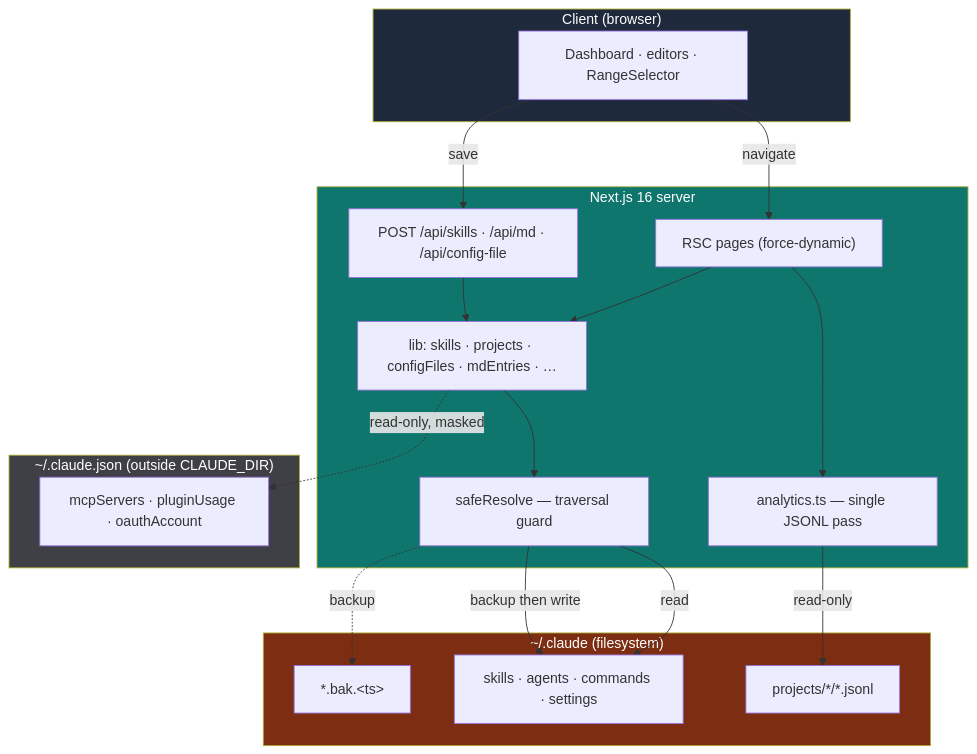
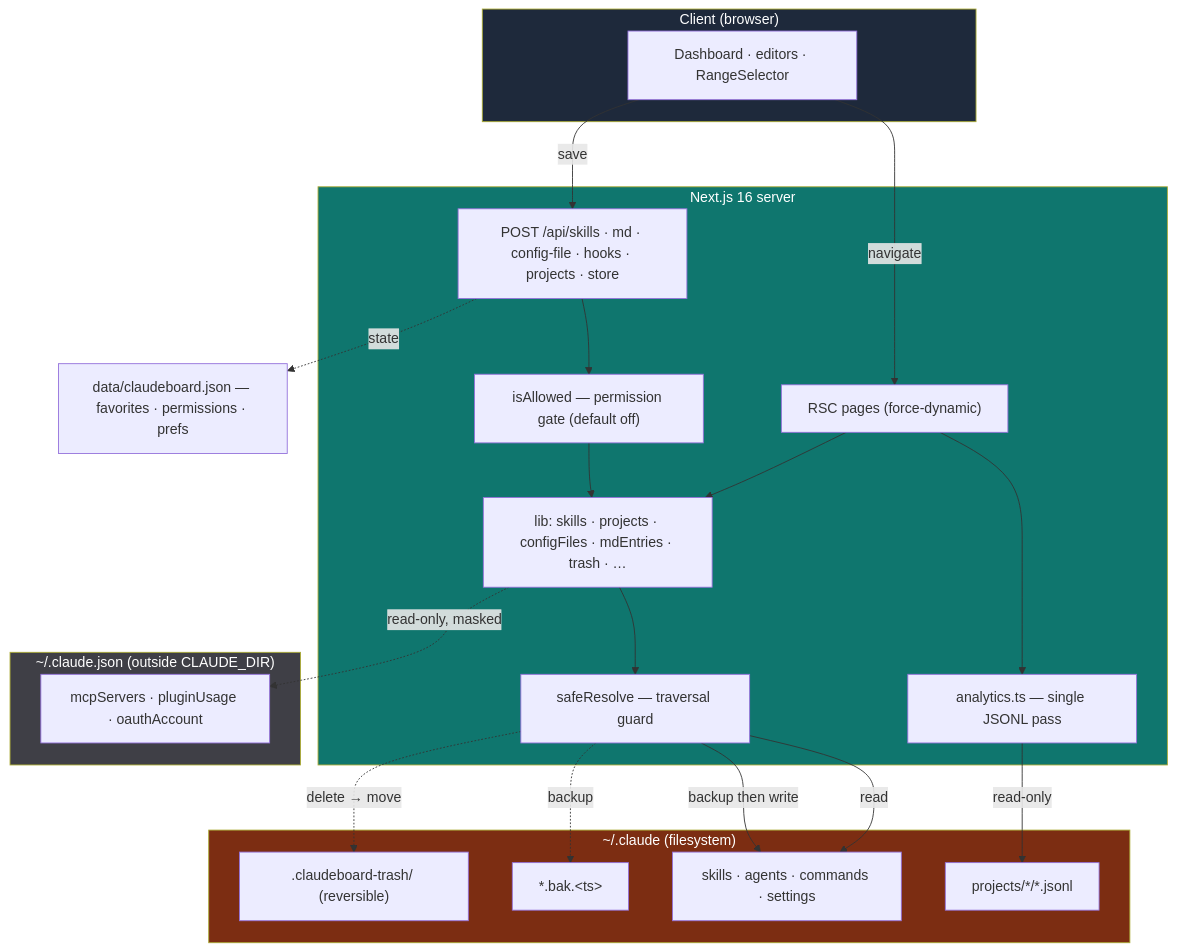
The diagram in README.md (maximebgd/claudeboard), drawn with Mermaid before and after one commit. The commit also changed other lines of this file and 1 other file, not shown here.

````diff
--- a/README.md
+++ b/README.md
@@ -116,38 +121,44 @@
 ```mermaid
 flowchart TD
     subgraph CLIENT["Client (browser)"]
       UI["Dashboard · editors · RangeSelector"]
     end
     subgraph SERVER["Next.js 16 server"]
       PAGES["RSC pages (force-dynamic)"]
-      API["POST /api/skills · /api/md · /api/config-file"]
+      API["POST /api/skills · md · config-file · hooks · projects · store"]
+      PERM["isAllowed — permission gate (default off)"]
       ANALYTICS["analytics.ts — single JSONL pass"]
-      LIB["lib: skills · projects · configFiles · mdEntries · …"]
+      LIB["lib: skills · projects · configFiles · mdEntries · trash · …"]
       GUARD["safeResolve — traversal guard"]
     end
     subgraph FS["~/.claude (filesystem)"]
       TRANSCRIPTS["projects/*/*.jsonl"]
       SKILLS["skills · agents · commands · settings"]
       BAK["*.bak.&lt;ts&gt;"]
+      TRASH[".claudeboard-trash/ (reversible)"]
     end
     subgraph EXT["~/.claude.json (outside CLAUDE_DIR)"]
       MCP["mcpServers · pluginUsage · oauthAccount"]
     end
+    STORE["data/claudeboard.json — favorites · permissions · prefs"]
 
     UI -->|navigate| PAGES
     UI -->|save| API
+    API --> PERM
+    PERM --> LIB
     PAGES --> ANALYTICS
     PAGES --> LIB
-    API --> LIB
+    API -.->|state| STORE
     ANALYTICS -->|read-only| TRANSCRIPTS
     LIB --> GUARD
     GUARD -->|read| SKILLS
     GUARD -->|backup then write| SKILLS
     GUARD -.->|backup| BAK
+    GUARD -.->|delete → move| TRASH
     LIB -.->|read-only, masked| MCP
 
     style CLIENT fill:#1e293b,color:#fff
     style SERVER fill:#0f766e,color:#fff
     style FS fill:#7c2d12,color:#fff
     style EXT fill:#3f3f46,color:#fff
 ```
````
